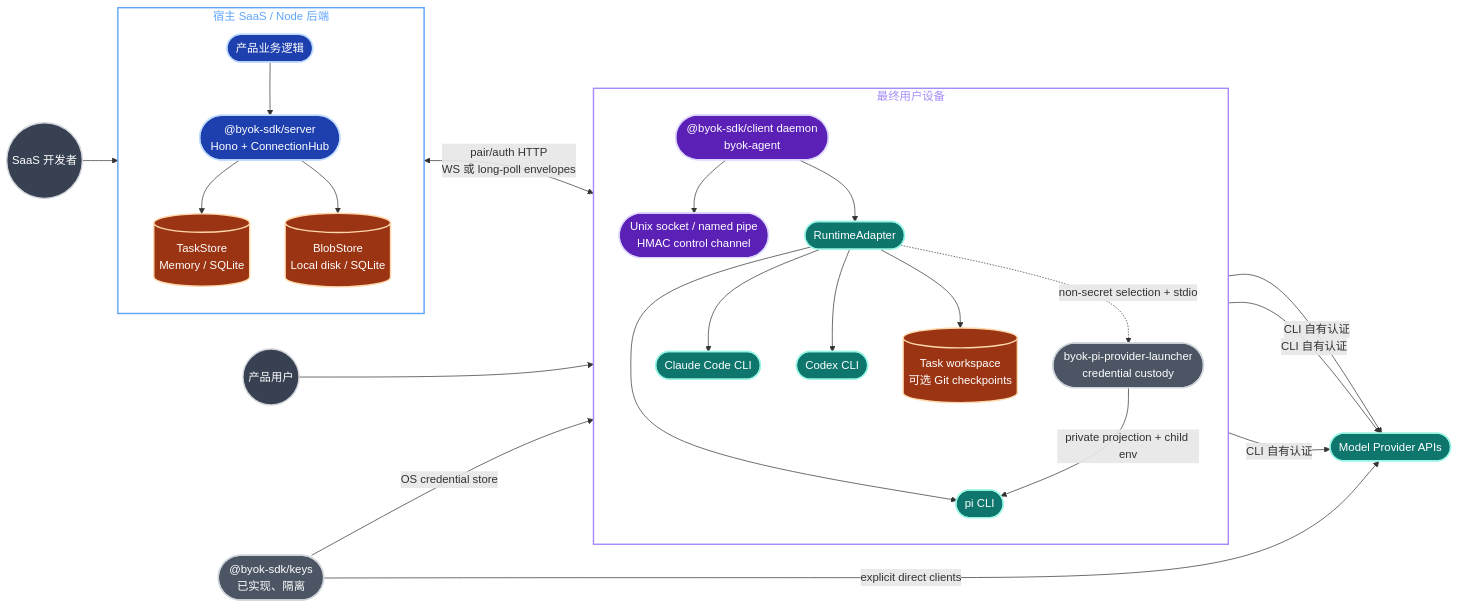
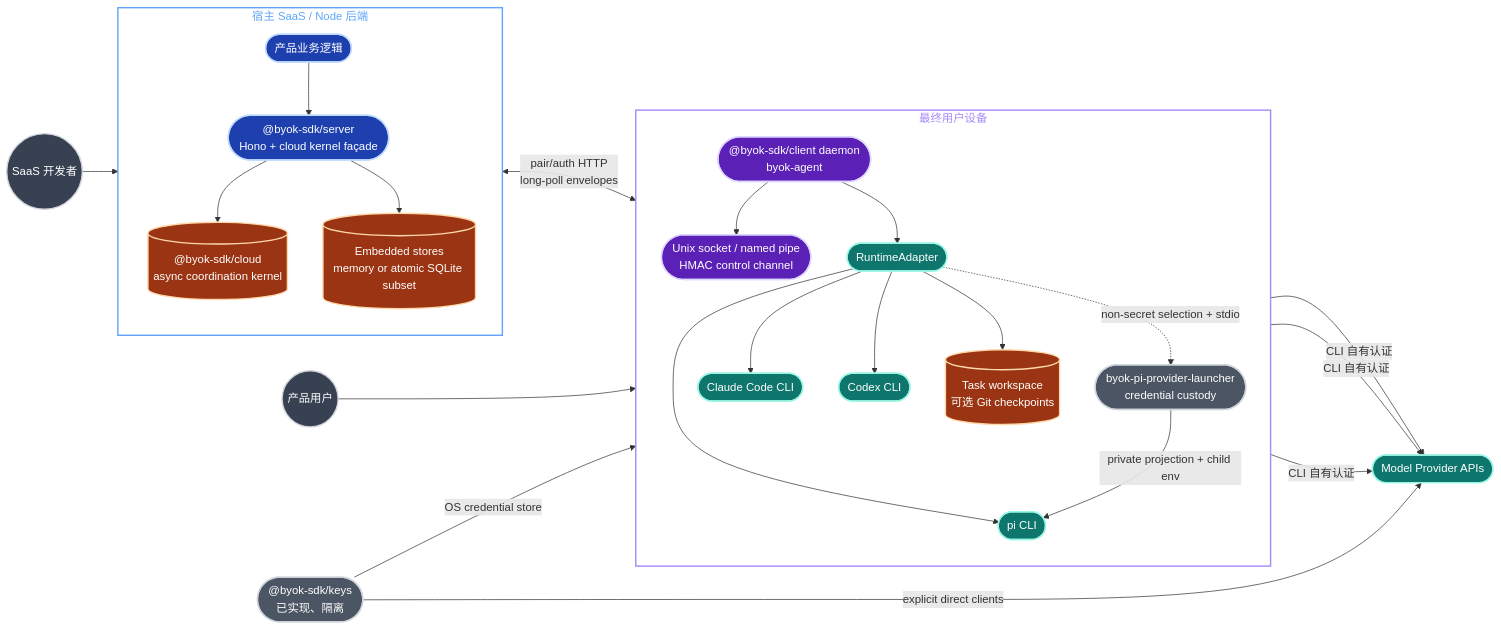
The first of 23 diagrams in docs/architecture/sdk-architecture.md (Ancienttwo/byok-sdk), drawn with Mermaid before and after one commit. The commit also changed other lines of this file and 10 other files, not shown here.

Commit message:
docs: align WP3B long-poll-only transport

````diff
--- a/docs/architecture/sdk-architecture.md
+++ b/docs/architecture/sdk-architecture.md
@@ -38,58 +40,58 @@
 ```mermaid
 flowchart LR
   classDef actor fill:#374151,stroke:#d1d5db,stroke-width:2px,color:#fff
   classDef server fill:#1e40af,stroke:#bfdbfe,stroke-width:2px,color:#fff
   classDef client fill:#5b21b6,stroke:#ddd6fe,stroke-width:2px,color:#fff
   classDef runtime fill:#0f766e,stroke:#99f6e4,stroke-width:2px,color:#fff
   classDef store fill:#9a3412,stroke:#fed7aa,stroke-width:2px,color:#fff
   classDef isolated fill:#4b5563,stroke:#d1d5db,stroke-width:2px,color:#fff
 
   Human(("产品用户")):::actor
   Dev(("SaaS 开发者")):::actor
 
   subgraph SaaS["宿主 SaaS / Node 后端"]
     direction TB
     App(["产品业务逻辑"]):::server
-    Server(["@byok-sdk/server<br/>Hono + ConnectionHub"]):::server
-    TaskStore[("TaskStore<br/>Memory / SQLite")]:::store
-    BlobStore[("BlobStore<br/>Local disk / SQLite")]:::store
+    Server(["@byok-sdk/server<br/>Hono + cloud kernel façade"]):::server
+    Kernel[("@byok-sdk/cloud<br/>async coordination kernel")]:::store
+    Embedded[("Embedded stores<br/>memory or atomic SQLite subset")]:::store
     App --> Server
-    Server --> TaskStore
-    Server --> BlobStore
+    Server --> Kernel
+    Server --> Embedded
   end
 
   subgraph Device["最终用户设备"]
     direction TB
     Agent(["@byok-sdk/client daemon<br/>byok-agent"]):::client
     IPC(["Unix socket / named pipe<br/>HMAC control channel"]):::client
     Runtime(["RuntimeAdapter"]):::runtime
     Pi(["pi CLI"]):::runtime
     PiLauncher(["byok-pi-provider-launcher<br/>credential custody"]):::isolated
     Claude(["Claude Code CLI"]):::runtime
     Codex(["Codex CLI"]):::runtime
     Workspace[("Task workspace<br/>可选 Git checkpoints")]:::store
     Agent --> IPC
     Agent --> Runtime
     Runtime --> Pi
     Runtime -.->|"non-secret selection + stdio"| PiLauncher
     PiLauncher -->|"private projection + child env"| Pi
     Runtime --> Claude
     Runtime --> Codex
     Runtime --> Workspace
   end
 
   Provider(["Model Provider APIs"]):::runtime
   Keys(["@byok-sdk/keys<br/>已实现、隔离"]):::isolated
 
   Dev --> App
   Human --> Agent
-  Server <-->|"pair/auth HTTP<br/>WS 或 long-poll envelopes"| Agent
+  Server <-->|"pair/auth HTTP<br/>long-poll envelopes"| Agent
   Pi -->|"CLI 自有认证"| Provider
   Claude -->|"CLI 自有认证"| Provider
   Codex -->|"CLI 自有认证"| Provider
   Keys -->|"OS credential store"| PiLauncher
   Keys -->|"explicit direct clients"| Provider
 
   style SaaS fill:none,stroke:#60a5fa,stroke-width:2px,color:#60a5fa
   style Device fill:none,stroke:#a78bfa,stroke-width:2px,color:#a78bfa
 ```
````
